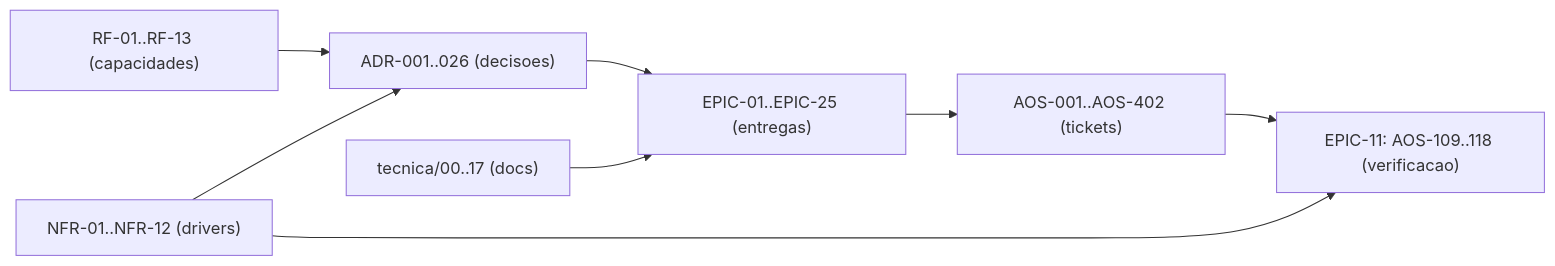
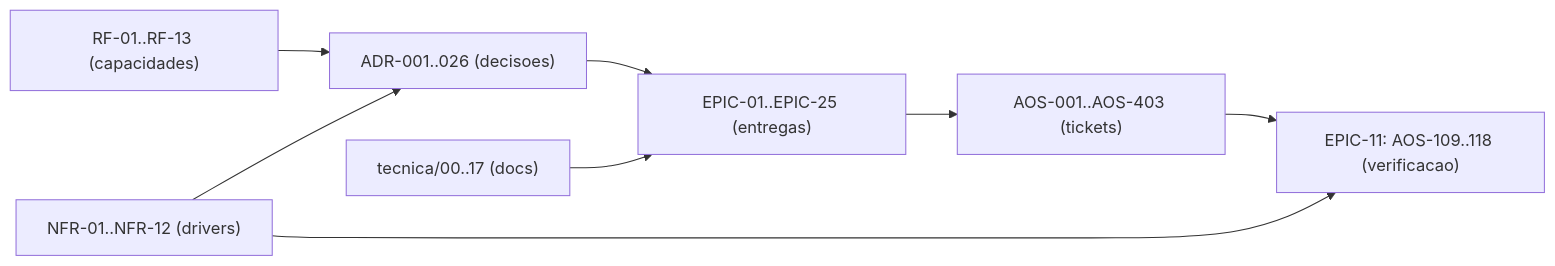
The diagram in tecnica/16_Rastreabilidade_RTM.md (albinoJimy/aos), drawn with Mermaid before and after one commit. The commit also changed other lines of this file and 22 other files, not shown here.

````diff
--- a/tecnica/16_Rastreabilidade_RTM.md
+++ b/tecnica/16_Rastreabilidade_RTM.md
@@ -185,10 +185,10 @@
 ```mermaid
 flowchart LR
     RF["RF-01..RF-13 (capacidades)"] --> ADR["ADR-001..026 (decisoes)"]
     NFR["NFR-01..NFR-12 (drivers)"] --> ADR
     ADR --> EPIC["EPIC-01..EPIC-25 (entregas)"]
-    EPIC --> TICK["AOS-001..AOS-402 (tickets)"]
+    EPIC --> TICK["AOS-001..AOS-403 (tickets)"]
     DOC["tecnica/00..17 (docs)"] --> EPIC
     TICK --> TEST["EPIC-11: AOS-109..118 (verificacao)"]
     NFR --> TEST
 ```
````
